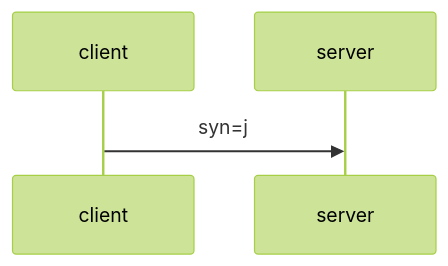
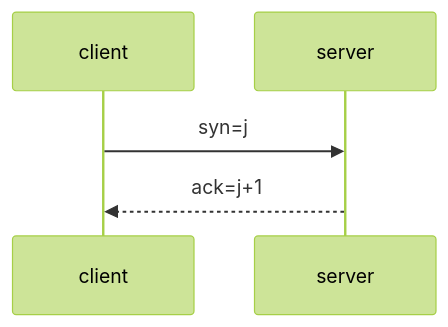
One commit to Houchengisnull/helloWorld changed the diagram in documents/网络协议.md. Above: the diagram before and after it, drawn with Mermaid (forest theme). The commit also changed other lines of this file, not shown here.

````diff
--- a/documents/网络协议.md
+++ b/documents/网络协议.md
@@ -546,7 +139,8 @@
 ``` mermaid
 sequenceDiagram
 	participant client
 	participant server
 	client ->> server : syn=j
+	server -->> client : ack=j+1
 	
 ```
````
